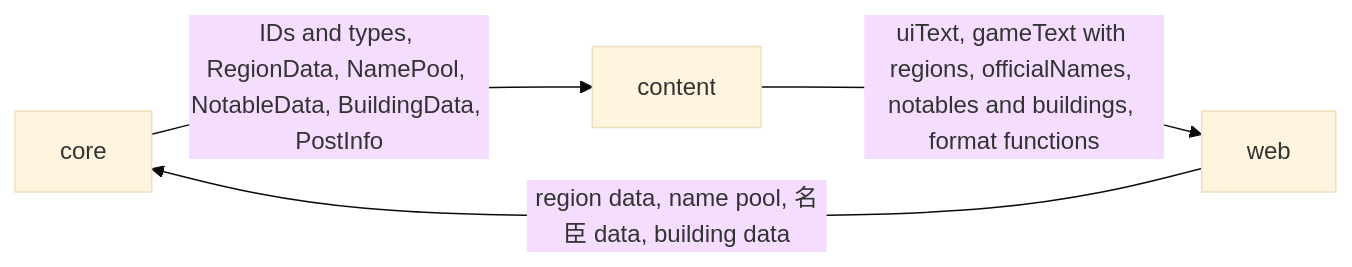
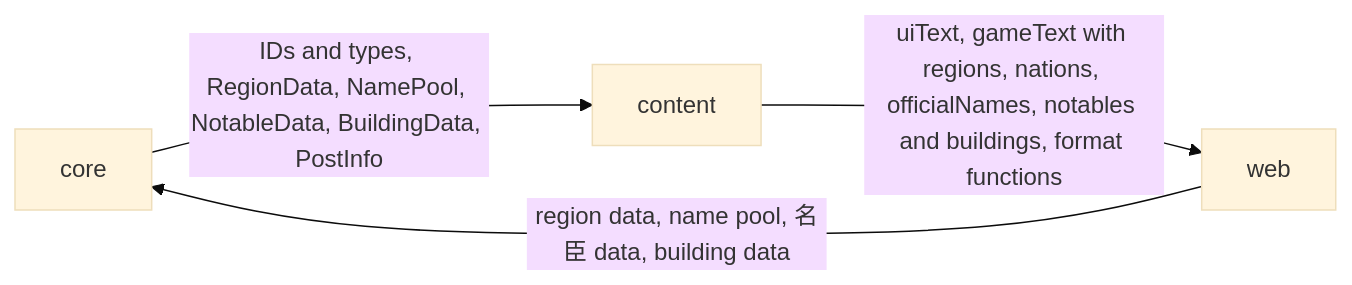
Before and after one commit to dcheng1248/agent-harness-test: the diagram in packages/content/ARCHITECTURE.md, drawn with Mermaid (base theme). The commit also changed other lines of this file and 8 other files, not shown here.

````diff
--- a/packages/content/ARCHITECTURE.md
+++ b/packages/content/ARCHITECTURE.md
@@ -9,6 +9,6 @@
 ```mermaid
 flowchart LR
   core -->|IDs and types, RegionData, NamePool, NotableData, BuildingData, PostInfo| content
-  content -->|uiText, gameText with regions, officialNames, notables and buildings, format functions| web
+  content -->|uiText, gameText with regions, nations, officialNames, notables and buildings, format functions| web
   web -->|region data, name pool, 名臣 data, building data| core
 ```
````
